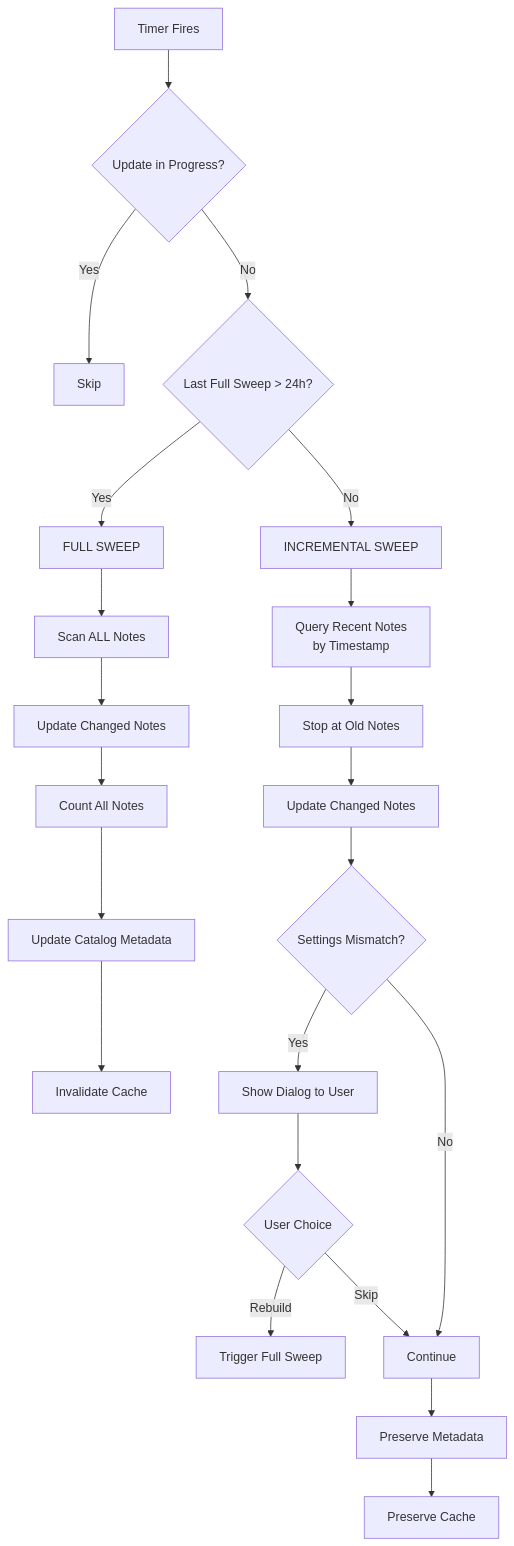
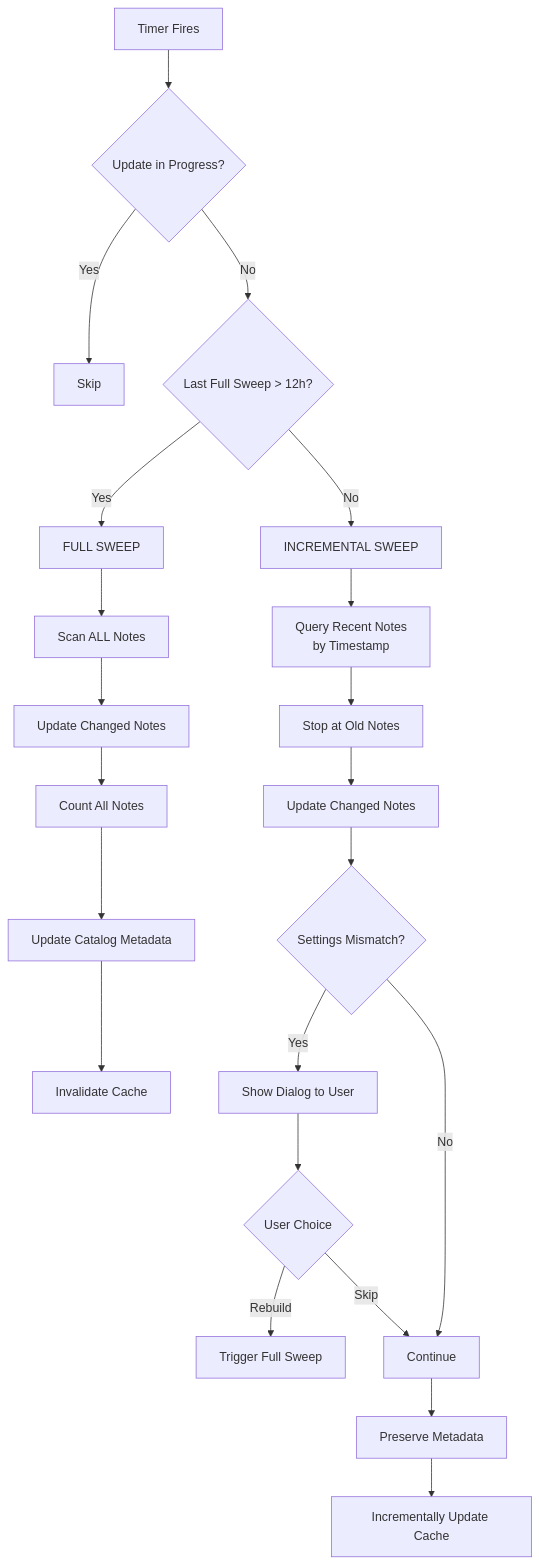
One commit to alondmnt/joplin-plugin-jarvis changed the second of 7 diagrams in VECTOR_DB_UPDATE_FLOW.md. Above: the diagram before and after it, drawn with Mermaid. The commit also changed other lines of this file and 3 other files, not shown here.

````diff
--- a/VECTOR_DB_UPDATE_FLOW.md
+++ b/VECTOR_DB_UPDATE_FLOW.md
@@ -58,26 +58,26 @@
 ```mermaid
 graph TD
     A[Timer Fires] --> B{Update in Progress?}
     B -->|Yes| C[Skip]
-    B -->|No| D{Last Full Sweep > 24h?}
+    B -->|No| D{Last Full Sweep > 12h?}
     D -->|Yes| E[FULL SWEEP]
     D -->|No| F[INCREMENTAL SWEEP]
 
     E --> G[Scan ALL Notes]
     G --> H[Update Changed Notes]
     H --> I[Count All Notes]
     I --> J[Update Catalog Metadata]
     J --> K[Invalidate Cache]
 
     F --> L[Query Recent Notes<br/>by Timestamp]
     L --> M[Stop at Old Notes]
     M --> N[Update Changed Notes]
     N --> O{Settings Mismatch?}
     O -->|Yes| P[Show Dialog to User]
     P --> Q{User Choice}
     Q -->|Rebuild| R[Trigger Full Sweep]
     Q -->|Skip| S[Continue]
     O -->|No| S
     S --> T[Preserve Metadata]
-    T --> U[Preserve Cache]
+    T --> U[Incrementally Update Cache]
 ```
````
